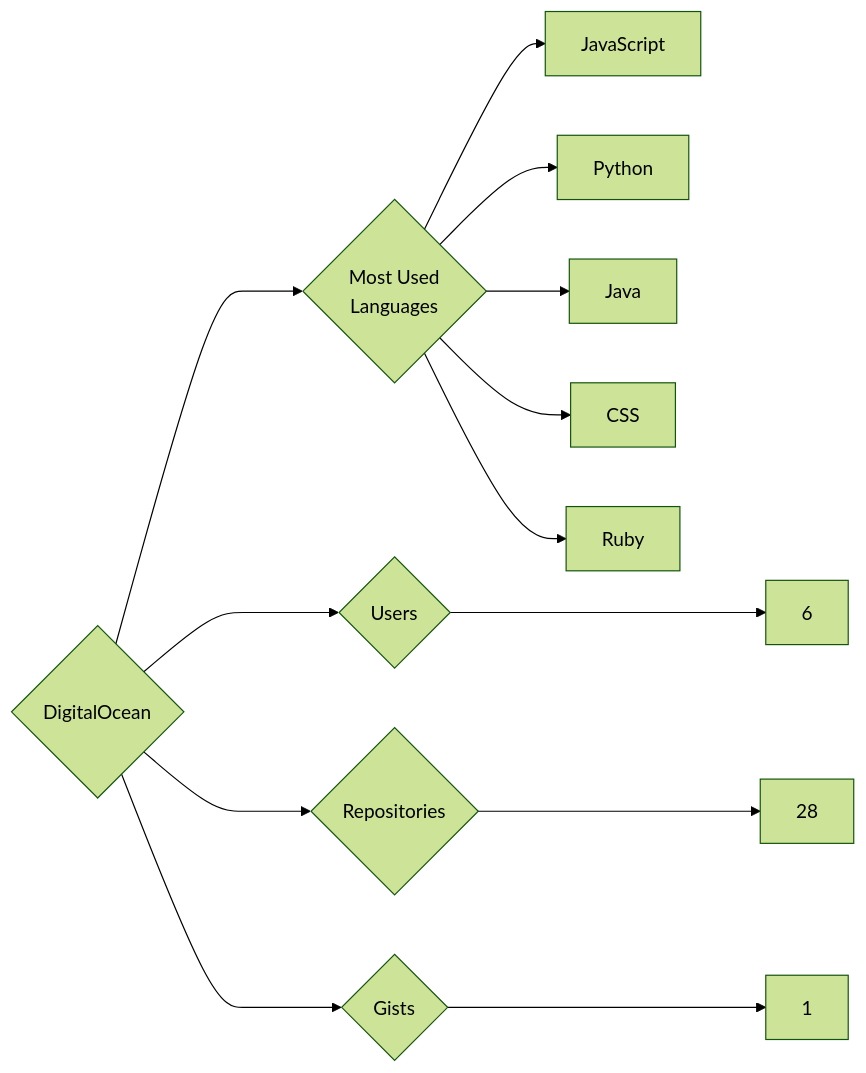
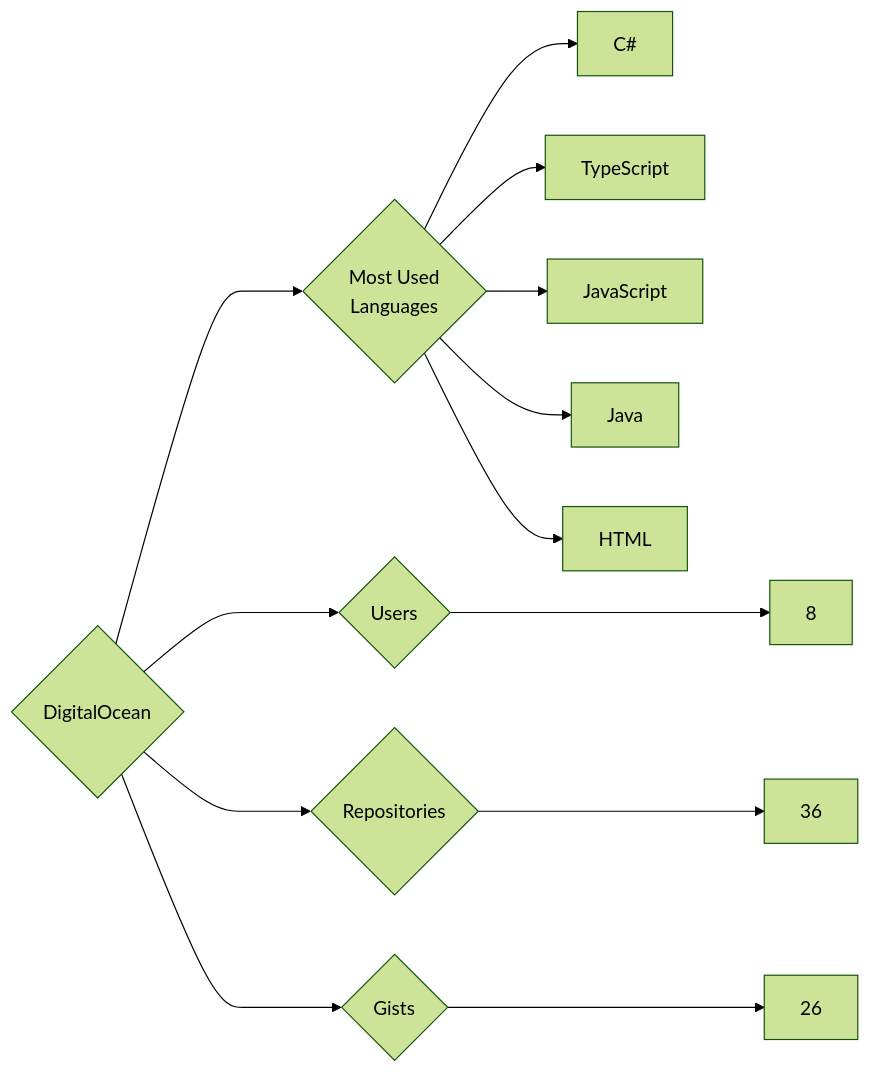
One commit to trickest/insiders changed the diagram in targets/DigitalOcean/README.md. Above: the diagram before and after it, drawn with Mermaid (forest theme). The commit also changed 993 other files, not shown here.

````diff
--- a/targets/DigitalOcean/README.md
+++ b/targets/DigitalOcean/README.md
@@ -3,13 +3,13 @@
 ```mermaid
 graph LR
 COMPANY_NAME{DigitalOcean}
-COMPANY_NAME ---> U{Users} ---> UN[6]
-COMPANY_NAME ---> R{Repositories} ---> RN[28]
-COMPANY_NAME ---> G{Gists} ---> GN[1]
+COMPANY_NAME ---> U{Users} ---> UN[8]
+COMPANY_NAME ---> R{Repositories} ---> RN[36]
+COMPANY_NAME ---> G{Gists} ---> GN[26]
 COMPANY_NAME ---> ML{Most Used<br>Languages}
+ML --> C#[C#]
+ML --> TypeScript[TypeScript]
 ML --> JavaScript[JavaScript]
-ML --> Python[Python]
 ML --> Java[Java]
-ML --> CSS[CSS]
-ML --> Ruby[Ruby]
+ML --> HTML[HTML]
 ```
````
